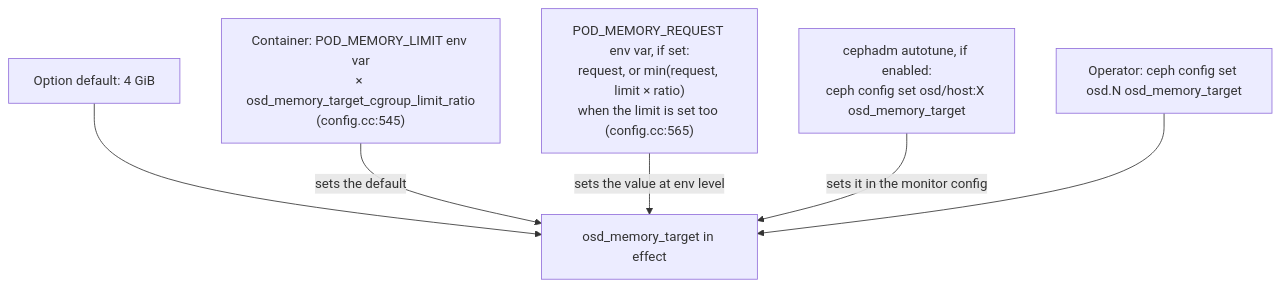
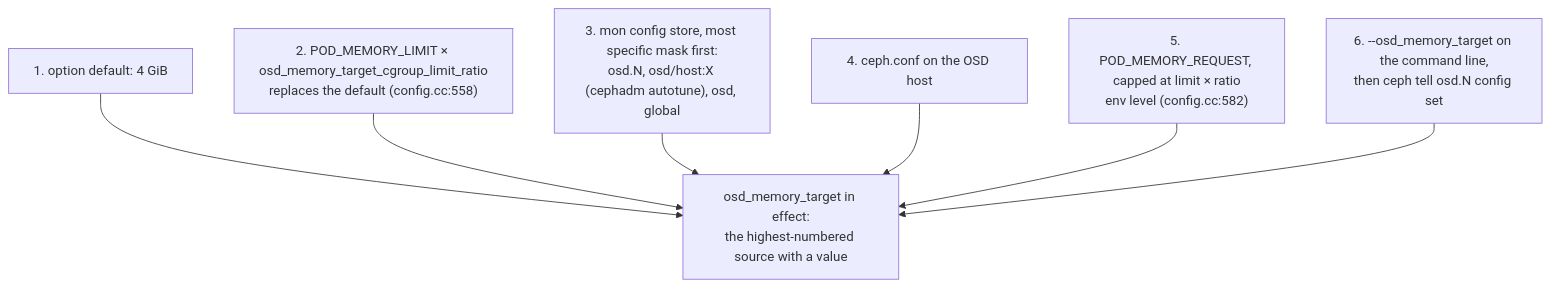
Before and after one commit to ming1/ming1.github.io: the first of 20 diagrams in _posts/2026-10-21-ceph-memory-management.md, drawn with Mermaid. The commit also changed other lines of this file, not shown here.

First line of the commit message:
ceph memory management: §1, explain the seven osd_memory_* options

````diff
--- a/_posts/2026-10-21-ceph-memory-management.md
+++ b/_posts/2026-10-21-ceph-memory-management.md
@@ -50,8 +226,10 @@
 ```mermaid
 flowchart TD
-    A["Option default: 4 GiB"] --> D["osd_memory_target in effect"]
-    B["Container: POD_MEMORY_LIMIT env var<br/>× osd_memory_target_cgroup_limit_ratio<br/>(config.cc:545)"] -->|"sets the default"| D
-    B2["POD_MEMORY_REQUEST env var, if set:<br/>request, or min(request, limit × ratio)<br/>when the limit is set too (config.cc:565)"] -->|"sets the value at env level"| D
-    C["cephadm autotune, if enabled:<br/>ceph config set osd/host:X osd_memory_target"] -->|"sets it in the monitor config"| D
-    E["Operator: ceph config set osd.N osd_memory_target"] --> D
+    A["1. option default: 4 GiB"] --> D
+    B["2. POD_MEMORY_LIMIT × osd_memory_target_cgroup_limit_ratio<br/>replaces the default (config.cc:558)"] --> D
+    C["3. mon config store, most specific mask first:<br/>osd.N, osd/host:X (cephadm autotune), osd, global"] --> D
+    E["4. ceph.conf on the OSD host"] --> D
+    F["5. POD_MEMORY_REQUEST, capped at limit × ratio<br/>env level (config.cc:582)"] --> D
+    G["6. --osd_memory_target on the command line,<br/>then ceph tell osd.N config set"] --> D
+    D["osd_memory_target in effect:<br/>the highest-numbered source with a value"]
 ```
````
